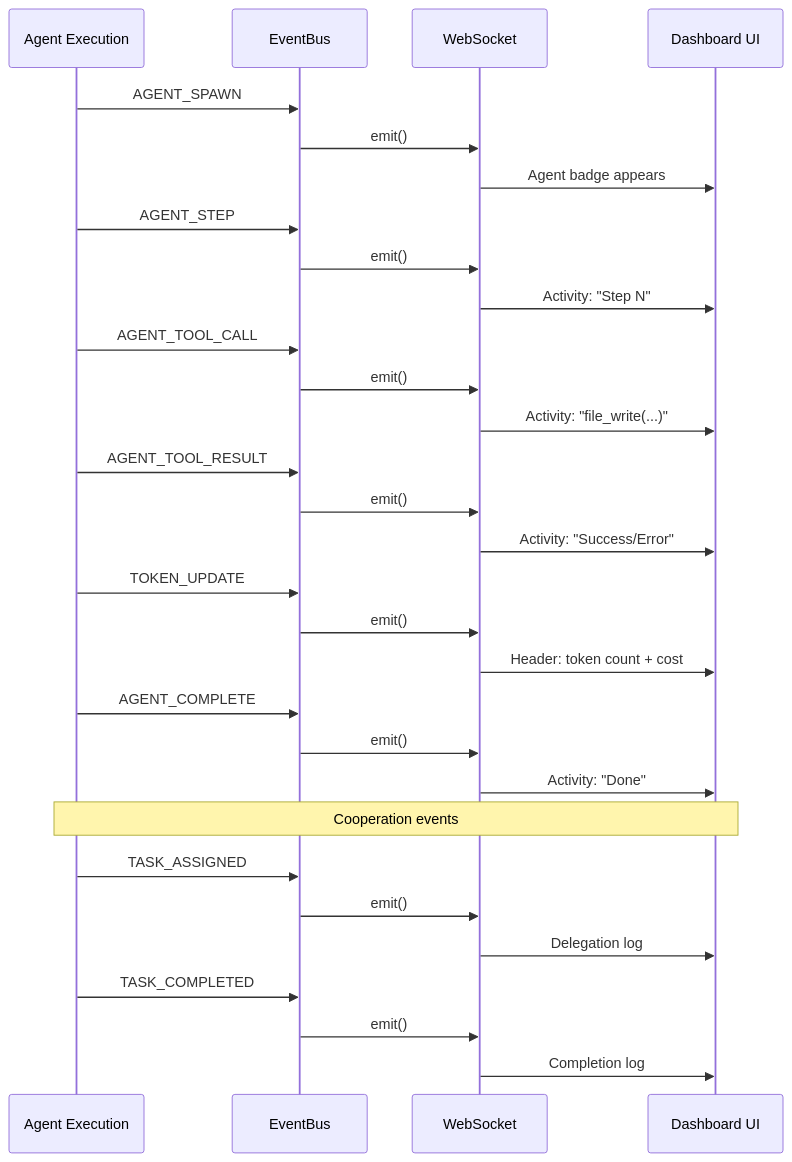
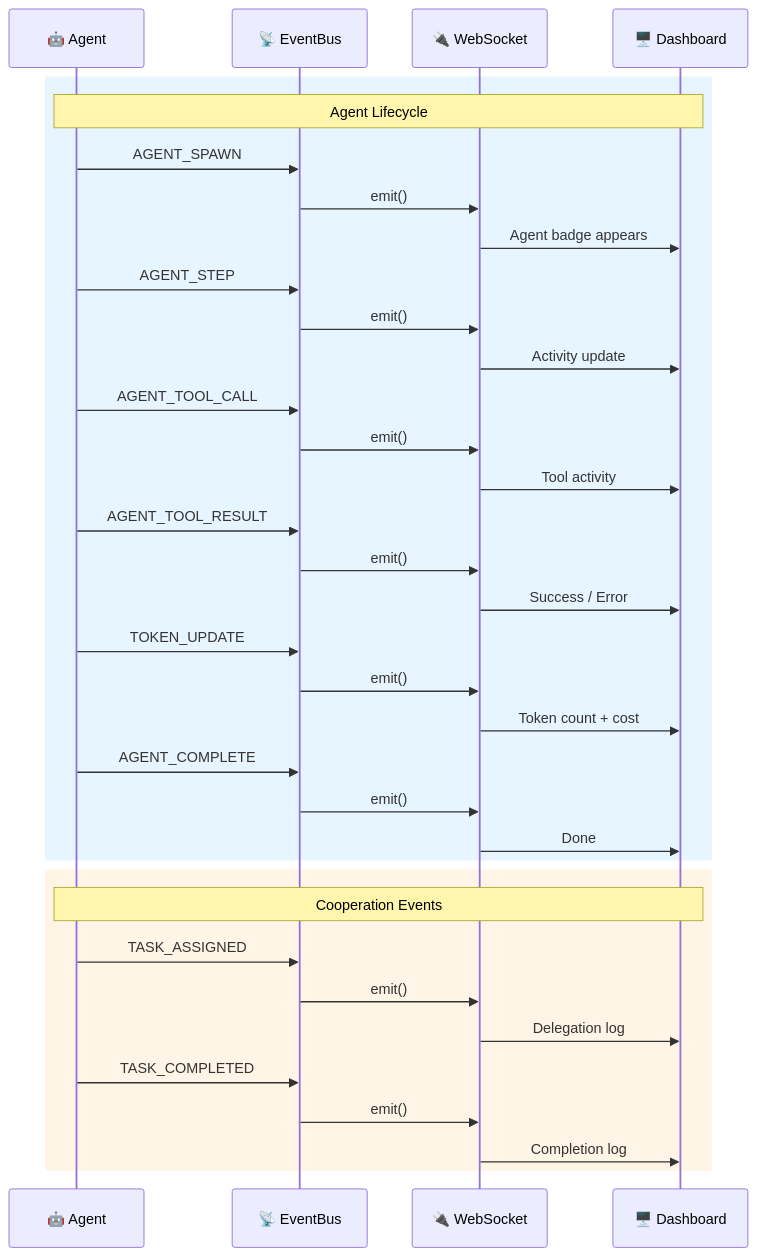
Before and after one commit to pjcau/agent-orchestrator: the fifth of 6 diagrams in docs/website/docs/architecture/components.md, drawn with Mermaid. The commit also changed other lines of this file, not shown here.

First line of the commit message:
docs: improve component interaction diagrams for clarity and completeness

````diff
--- a/docs/website/docs/architecture/components.md
+++ b/docs/website/docs/architecture/components.md
@@ -153,40 +255,45 @@
 ```mermaid
 sequenceDiagram
-    participant AG as Agent Execution
-    participant EB as EventBus
-    participant WS as WebSocket
-    participant UI as Dashboard UI
+    participant AG as 🤖 Agent
+    participant EB as 📡 EventBus
+    participant WS as 🔌 WebSocket
+    participant UI as 🖥️ Dashboard
 
-    AG->>EB: AGENT_SPAWN
-    EB->>WS: emit()
-    WS->>UI: Agent badge appears
+    rect rgb(230, 245, 255)
+        Note over AG,UI: Agent Lifecycle
+        AG->>EB: AGENT_SPAWN
+        EB->>WS: emit()
+        WS->>UI: Agent badge appears
 
-    AG->>EB: AGENT_STEP
-    EB->>WS: emit()
-    WS->>UI: Activity: "Step N"
+        AG->>EB: AGENT_STEP
+        EB->>WS: emit()
+        WS->>UI: Activity update
 
-    AG->>EB: AGENT_TOOL_CALL
-    EB->>WS: emit()
-    WS->>UI: Activity: "file_write(...)"
+        AG->>EB: AGENT_TOOL_CALL
+        EB->>WS: emit()
+        WS->>UI: Tool activity
 
-    AG->>EB: AGENT_TOOL_RESULT
-    EB->>WS: emit()
-    WS->>UI: Activity: "Success/Error"
+        AG->>EB: AGENT_TOOL_RESULT
+        EB->>WS: emit()
+        WS->>UI: Success / Error
 
-    AG->>EB: TOKEN_UPDATE
-    EB->>WS: emit()
-    WS->>UI: Header: token count + cost
+        AG->>EB: TOKEN_UPDATE
+        EB->>WS: emit()
+        WS->>UI: Token count + cost
 
-    AG->>EB: AGENT_COMPLETE
-    EB->>WS: emit()
-    WS->>UI: Activity: "Done"
+        AG->>EB: AGENT_COMPLETE
+        EB->>WS: emit()
+        WS->>UI: Done
+    end
 
-    Note over AG,UI: Cooperation events
-    AG->>EB: TASK_ASSIGNED
-    EB->>WS: emit()
-    WS->>UI: Delegation log
+    rect rgb(255, 245, 230)
+        Note over AG,UI: Cooperation Events
+        AG->>EB: TASK_ASSIGNED
+        EB->>WS: emit()
+        WS->>UI: Delegation log
 
-    AG->>EB: TASK_COMPLETED
-    EB->>WS: emit()
-    WS->>UI: Completion log
+        AG->>EB: TASK_COMPLETED
+        EB->>WS: emit()
+        WS->>UI: Completion log
+    end
 ```
````
